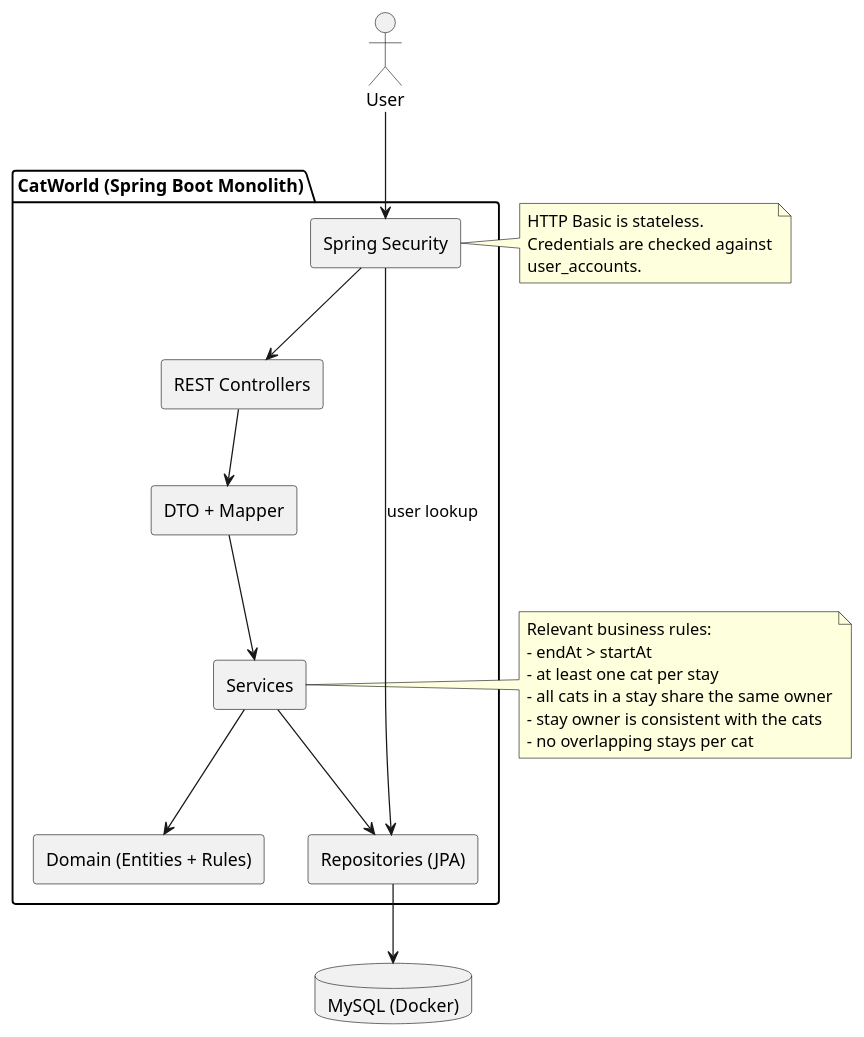
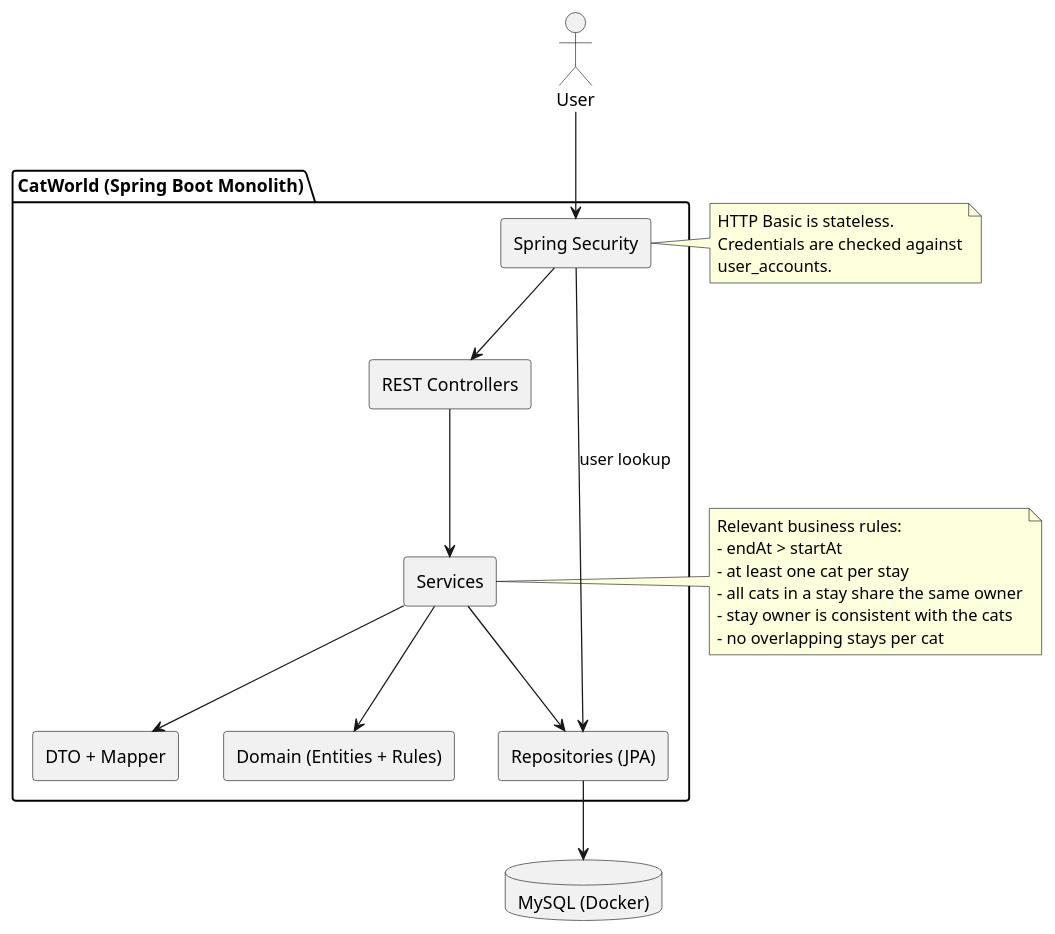
The diagram in docs/uml/03-components.puml (TheZenithPassage/catworld), drawn with PlantUML before and after one commit. The commit also changed 41 other files, not shown here.

```diff
--- a/docs/uml/03-components.puml
+++ b/docs/uml/03-components.puml
@@ -1,41 +1,41 @@
 @startuml
 skinparam componentStyle rectangle
 
 actor "User" as user
 
 package "CatWorld (Spring Boot Monolith)" {
   [Spring Security] as sec
   [REST Controllers] as c
   [DTO + Mapper] as m
   [Services] as s
   [Domain (Entities + Rules)] as d
   [Repositories (JPA)] as r
 }
 
 database "MySQL (Docker)" as db
 
 user --> sec
 sec --> c
 sec --> r : user lookup
-c --> m
-m --> s
+c --> s
+s --> m
 s --> d
 s --> r
 r --> db
 
 note right of s
 Relevant business rules:
 - endAt > startAt
 - at least one cat per stay
 - all cats in a stay share the same owner
 - stay owner is consistent with the cats
 - no overlapping stays per cat
 end note
 
 note left of sec
 HTTP Basic is stateless.
 Credentials are checked against
 user_accounts.
 end note
 
 @enduml
```
